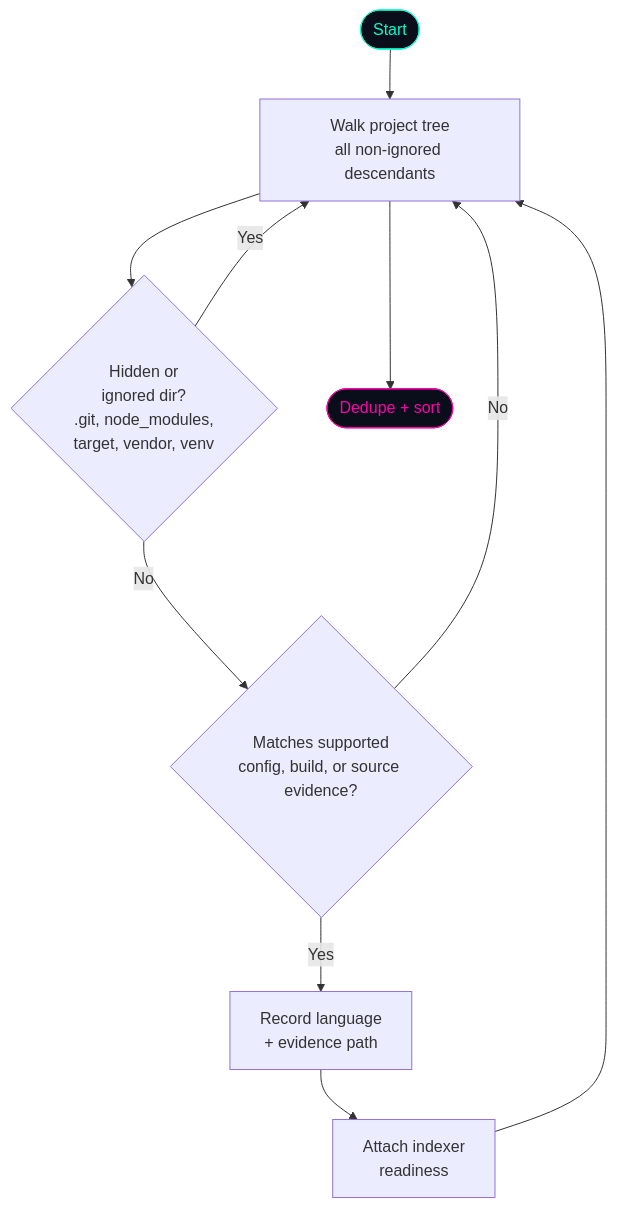
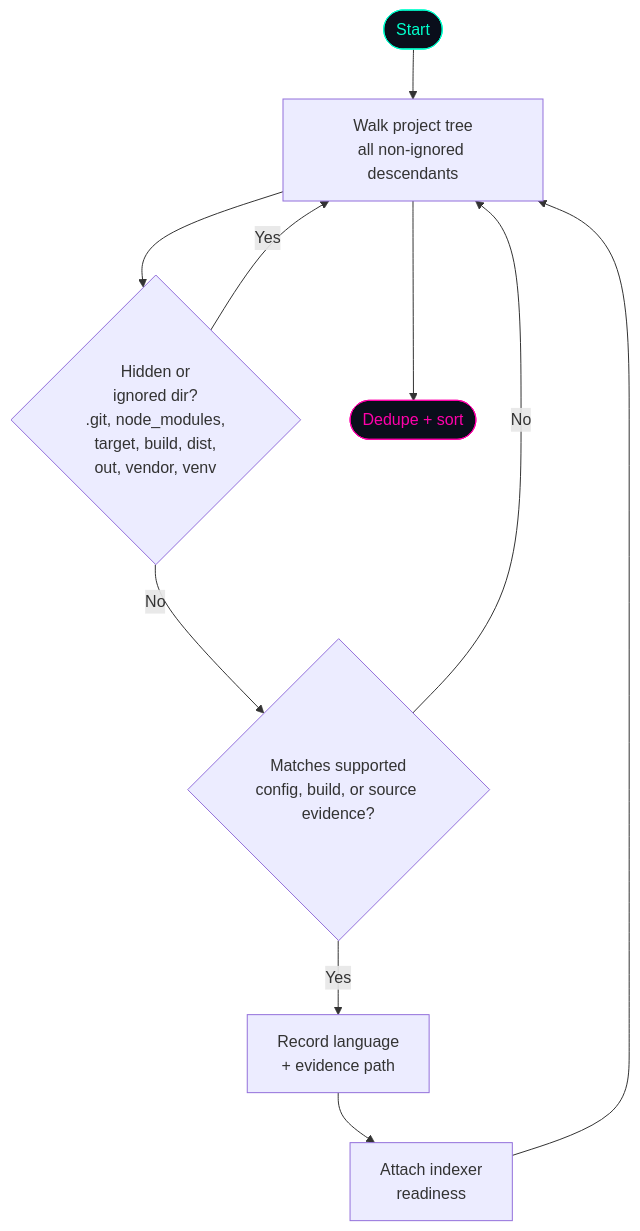
Before and after one commit to GlitterKill/scip-io: the second of 4 diagrams in README.md, drawn with Mermaid. The commit also changed other lines of this file and 26 other files, not shown here.

````diff
--- a/README.md
+++ b/README.md
@@ -110,15 +110,15 @@
 ```mermaid
 flowchart TD
     Start([Start]) --> Walk[Walk project tree<br/>all non-ignored descendants]
-    Walk --> Skip{Hidden or<br/>ignored dir?<br/>.git, node_modules,<br/>target, vendor, venv}
+    Walk --> Skip{Hidden or<br/>ignored dir?<br/>.git, node_modules,<br/>target, build, dist,<br/>out, vendor, venv}
     Skip -- Yes --> Walk
     Skip -- No --> Match{Matches supported<br/>config, build, or source evidence?}
     Match -- No --> Walk
     Match -- Yes --> Record[Record language<br/>+ evidence path]
     Record --> Ready[Attach indexer<br/>readiness]
     Ready --> Walk
     Walk --> Done([Dedupe + sort])
 
     style Start fill:#0a0e1b,stroke:#00ffcc,color:#00ffcc
     style Done fill:#0a0e1b,stroke:#ff00aa,color:#ff00aa
 ```
````
